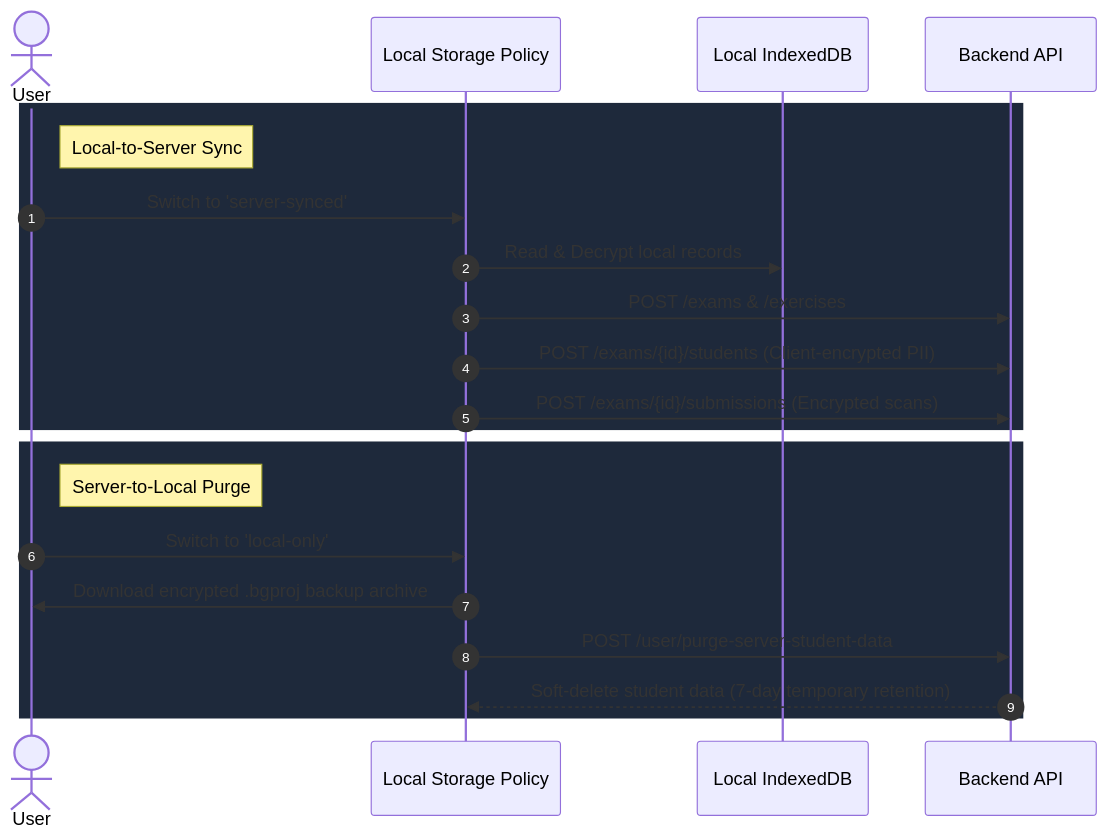
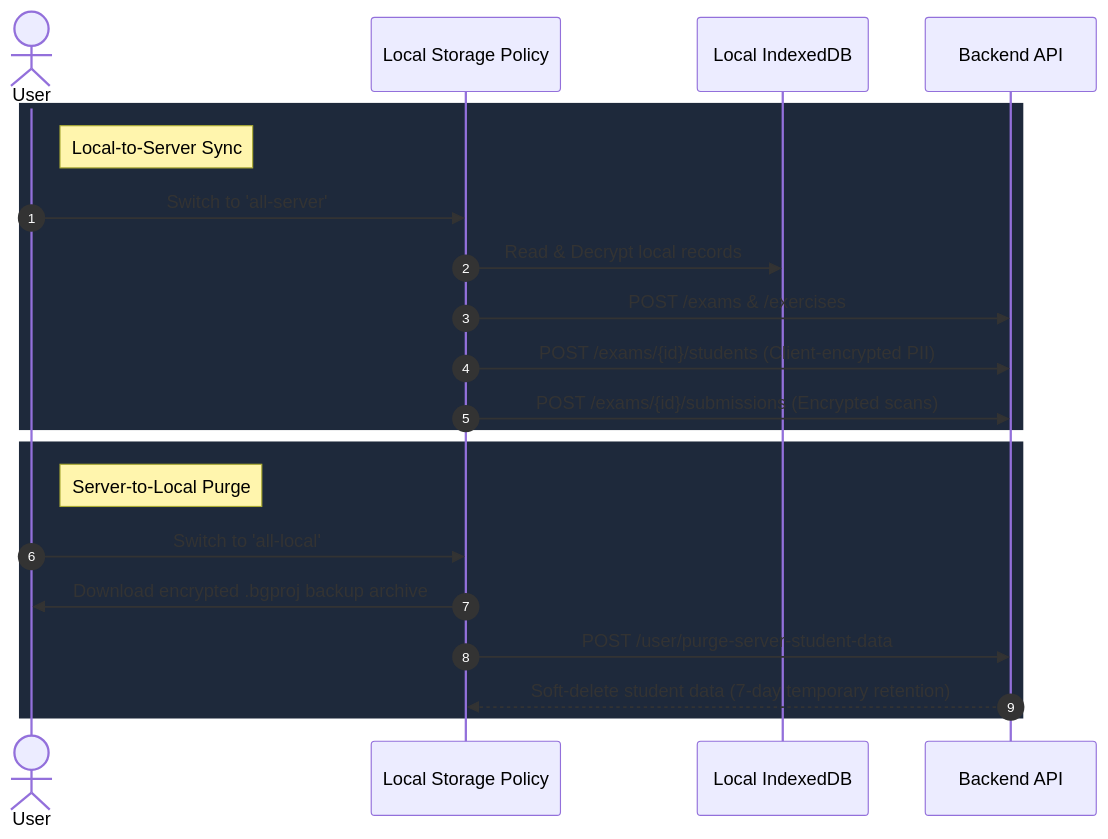
The third of 3 diagrams in docs/data_flow_and_security.md (ValentinHerrmann/Examance), drawn with Mermaid before and after one commit. The commit also changed other lines of this file and 12 other files, not shown here.

````diff
--- a/docs/data_flow_and_security.md
+++ b/docs/data_flow_and_security.md
@@ -94,25 +98,25 @@
 ```mermaid
 sequenceDiagram
     autonumber
     actor User
     participant Store as Local Storage Policy
     participant IDB as Local IndexedDB
     participant Server as Backend API
 
     rect rgb(30, 41, 59)
     note right of User: Local-to-Server Sync
-    User->>Store: Switch to 'server-synced'
+    User->>Store: Switch to 'all-server'
     Store->>IDB: Read & Decrypt local records
     Store->>Server: POST /exams & /exercises
     Store->>Server: POST /exams/{id}/students (Client-encrypted PII)
     Store->>Server: POST /exams/{id}/submissions (Encrypted scans)
     end
 
     rect rgb(30, 41, 59)
     note right of User: Server-to-Local Purge
-    User->>Store: Switch to 'local-only'
+    User->>Store: Switch to 'all-local'
     Store->>User: Download encrypted .bgproj backup archive
     Store->>Server: POST /user/purge-server-student-data
     Server-->>Store: Soft-delete student data (7-day temporary retention)
     end
 ```
````
